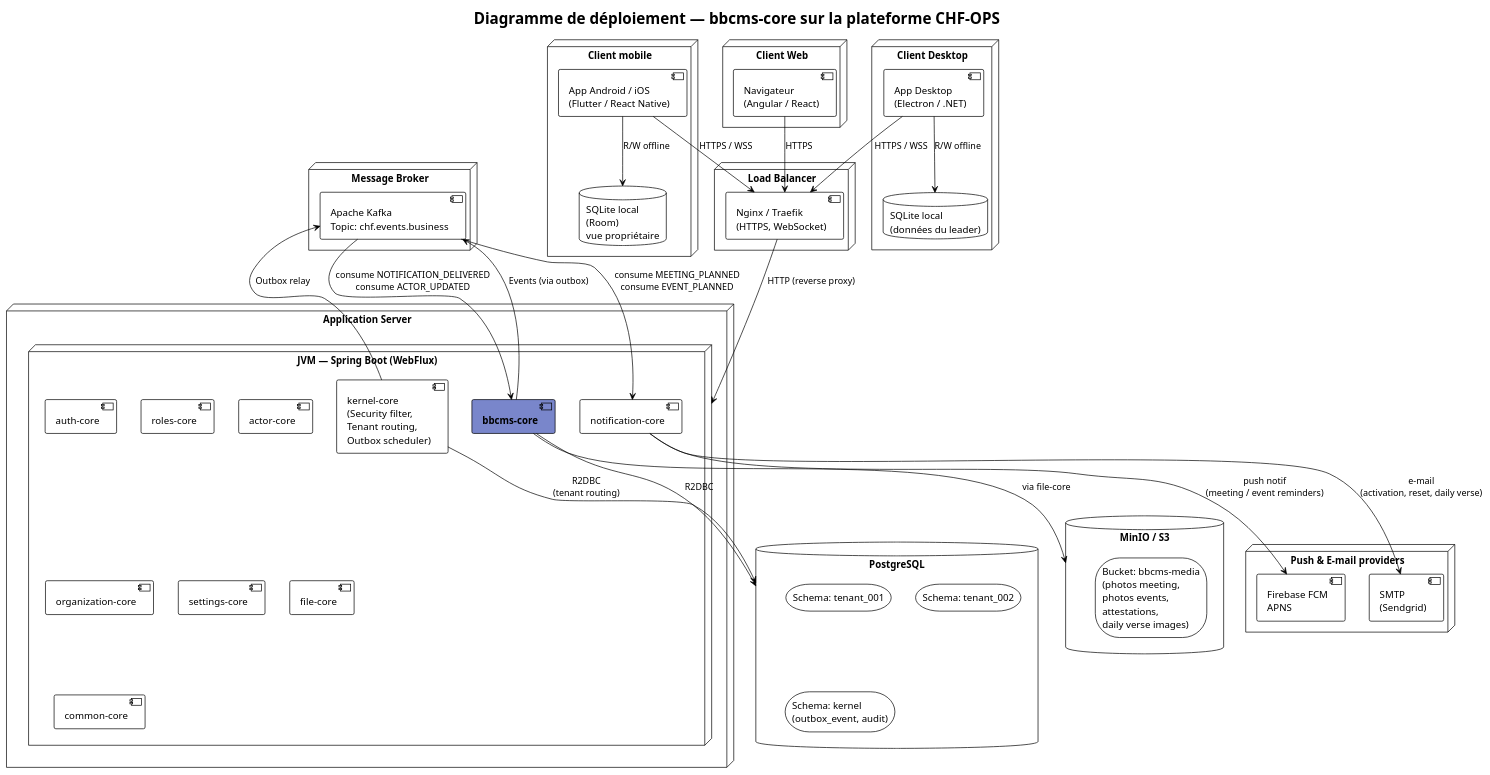
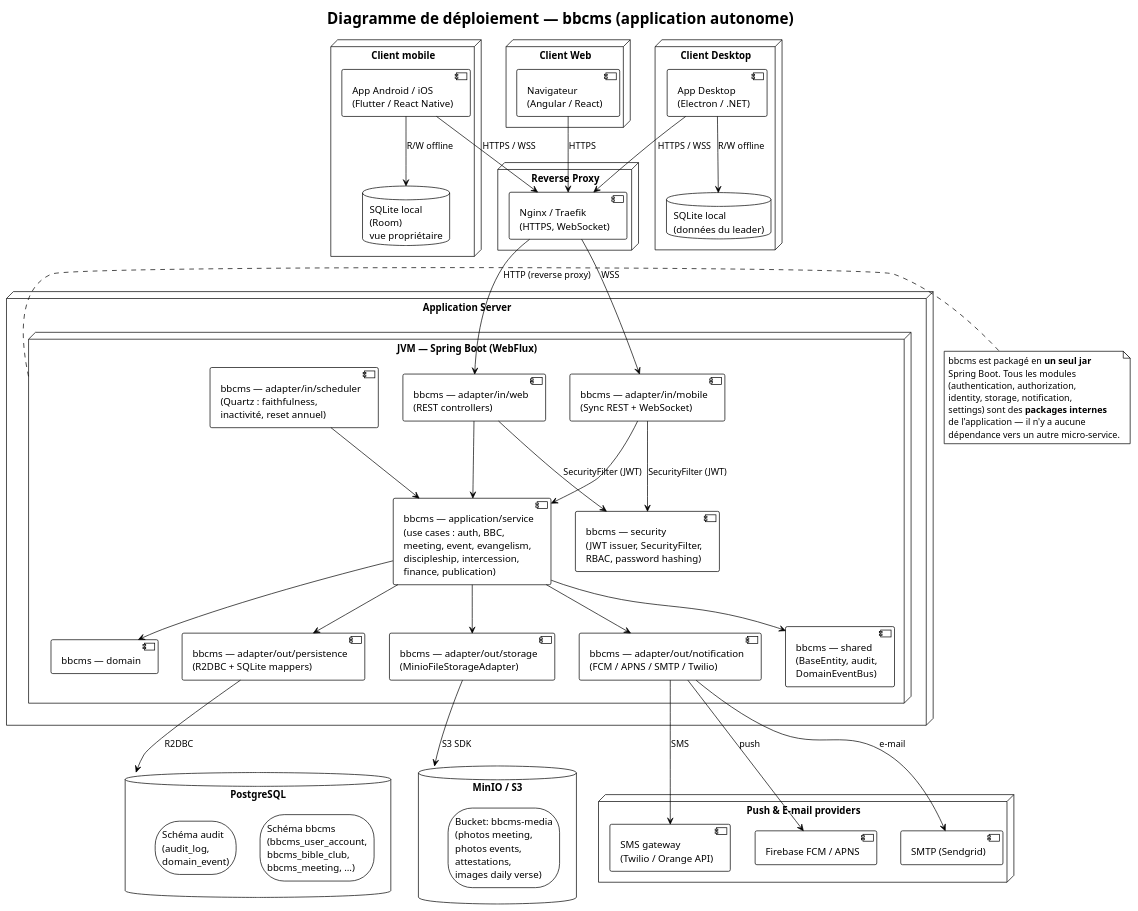
Before and after one commit to TF-Jordan/CairTech: the diagram in bbcms/diagrams/deploy-bbcms.puml, drawn with PlantUML. The commit also changed 34 other files, not shown here.

```diff
--- a/bbcms/diagrams/deploy-bbcms.puml
+++ b/bbcms/diagrams/deploy-bbcms.puml
@@ -1,80 +1,98 @@
 @startuml deploy-bbcms
 !theme plain
 skinparam nodeStyle rectangle
 
-title Diagramme de déploiement — bbcms-core sur la plateforme CHF-OPS
+title Diagramme de déploiement — bbcms (application autonome)
 
 node "Client mobile" as clientMobile {
     component [App Android / iOS\n(Flutter / React Native)] as mobileApp
     database "SQLite local\n(Room)\nvue propriétaire" as sqlite
     mobileApp -down-> sqlite : R/W offline
 }
 
 node "Client Desktop" as clientDesktop {
     component [App Desktop\n(Electron / .NET)] as desktopApp
     database "SQLite local\n(données du leader)" as sqliteD
     desktopApp -down-> sqliteD : R/W offline
 }
 
 node "Client Web" as clientWeb {
     component [Navigateur\n(Angular / React)] as browser
 }
 
-node "Load Balancer" as lb {
+node "Reverse Proxy" as lb {
     component [Nginx / Traefik\n(HTTPS, WebSocket)] as proxy
 }
 
 node "Application Server" as appServer {
     node "JVM — Spring Boot (WebFlux)" as jvm {
-        component [kernel-core\n(Security filter,\nTenant routing,\nOutbox scheduler)] as kernel
-        component [auth-core] as authC
-        component [roles-core] as rolesC
-        component [actor-core] as actorC
-        component [organization-core] as orgC
-        component [settings-core] as settC
-        component [file-core] as fileC
-        component [notification-core] as notifC
-        component [**bbcms-core**] as bbcmsC #7986CB
-        component [common-core] as commonC
+        component [bbcms — adapter/in/web\n(REST controllers)] as adapterWeb
+        component [bbcms — adapter/in/mobile\n(Sync REST + WebSocket)] as adapterMobile
+        component [bbcms — adapter/in/scheduler\n(Quartz : faithfulness,\ninactivité, reset annuel)] as adapterSched
+
+        component [bbcms — application/service\n(use cases : auth, BBC,\nmeeting, event, evangelism,\ndiscipleship, intercession,\nfinance, publication)] as appLayer
+
+        component [bbcms — domain] as domLayer
+
+        component [bbcms — security\n(JWT issuer, SecurityFilter,\nRBAC, password hashing)] as secLayer
+
+        component [bbcms — adapter/out/persistence\n(R2DBC + SQLite mappers)] as persistLayer
+
+        component [bbcms — adapter/out/storage\n(MinioFileStorageAdapter)] as storageLayer
+
+        component [bbcms — adapter/out/notification\n(FCM / APNS / SMTP / Twilio)] as notifLayer
+
+        component [bbcms — shared\n(BaseEntity, audit,\nDomainEventBus)] as sharedLayer
     }
 }
 
-node "Message Broker" as broker {
-    component [Apache Kafka\nTopic: chf.events.business] as kafka
-}
-
 database "PostgreSQL" as pg {
-    storage "Schema: tenant_001" as s1
-    storage "Schema: tenant_002" as s2
-    storage "Schema: kernel\n(outbox_event, audit)" as sk
+    storage "Schéma bbcms\n(bbcms_user_account,\nbbcms_bible_club,\nbbcms_meeting, …)" as bbcmsSchema
+    storage "Schéma audit\n(audit_log,\ndomain_event)" as auditSchema
 }
 
 database "MinIO / S3" as minio {
-    storage "Bucket: bbcms-media\n(photos meeting,\nphotos events,\nattestations,\ndaily verse images)" as bucket
+    storage "Bucket: bbcms-media\n(photos meeting,\nphotos events,\nattestations,\nimages daily verse)" as bucket
 }
 
 node "Push & E-mail providers" as pushSvc {
-    component [Firebase FCM\nAPNS] as fcm
-    component [SMTP\n(Sendgrid)] as smtp
+    component [Firebase FCM / APNS] as fcm
+    component [SMTP (Sendgrid)] as smtp
+    component [SMS gateway\n(Twilio / Orange API)] as sms
 }
 
 mobileApp -down-> proxy : HTTPS / WSS
 desktopApp -down-> proxy : HTTPS / WSS
 browser -down-> proxy : HTTPS
 
-proxy -down-> jvm : HTTP (reverse proxy)
+proxy -down-> adapterWeb : HTTP (reverse proxy)
+proxy -down-> adapterMobile : WSS
 
-kernel -down-> pg : R2DBC\n(tenant routing)
-kernel -right-> kafka : Outbox relay
+adapterWeb --> secLayer : SecurityFilter (JWT)
+adapterMobile --> secLayer : SecurityFilter (JWT)
+adapterWeb --> appLayer
+adapterMobile --> appLayer
+adapterSched --> appLayer
+appLayer --> domLayer
+appLayer --> persistLayer
+appLayer --> storageLayer
+appLayer --> notifLayer
+appLayer --> sharedLayer
 
-bbcmsC -down-> pg : R2DBC
-bbcmsC -right-> kafka : Events (via outbox)
-bbcmsC -down-> minio : via file-core
+persistLayer -down-> pg : R2DBC
+storageLayer -down-> minio : S3 SDK
+notifLayer -down-> fcm : push
+notifLayer -down-> smtp : e-mail
+notifLayer -down-> sms : SMS
 
-notifC -down-> fcm : push notif\n(meeting / event reminders)
-notifC -down-> smtp : e-mail\n(activation, reset, daily verse)
-
-kafka -down-> notifC : consume MEETING_PLANNED\nconsume EVENT_PLANNED
-kafka -down-> bbcmsC : consume NOTIFICATION_DELIVERED\nconsume ACTOR_UPDATED
+note right of jvm
+  bbcms est packagé en **un seul jar**
+  Spring Boot. Tous les modules
+  (authentication, authorization,
+  identity, storage, notification,
+  settings) sont des **packages internes**
+  de l'application — il n'y a aucune
+  dépendance vers un autre micro-service.
+end note
 
 @enduml
```
